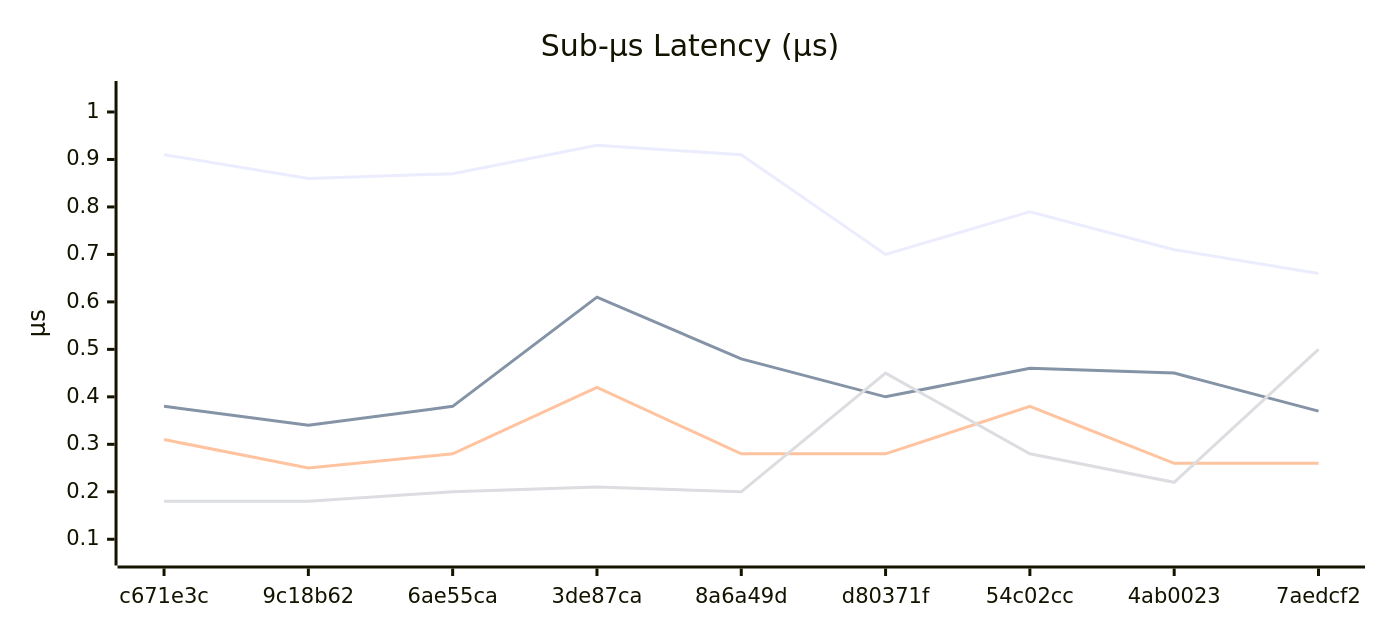
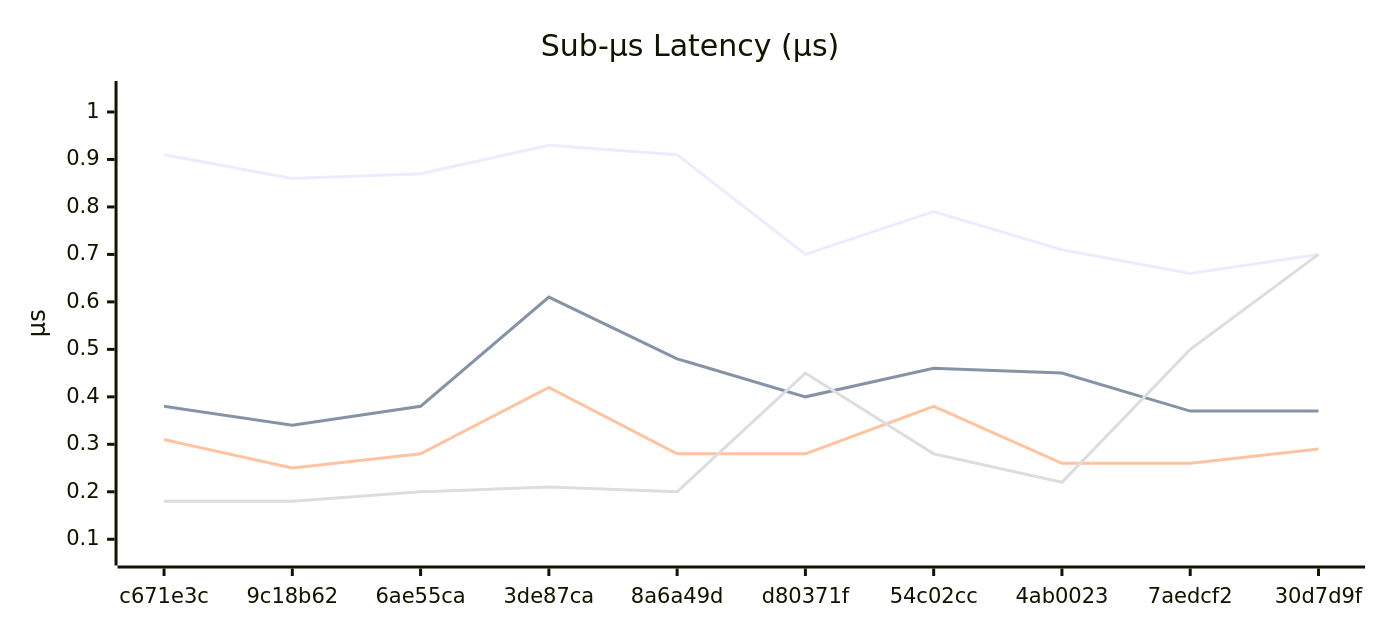
The second of 3 diagrams in docs/BENCHMARKS.md (Ikolvi/titan), drawn with Mermaid before and after one commit. The commit also changed other lines of this file, not shown here.

````diff
--- a/docs/BENCHMARKS.md
+++ b/docs/BENCHMARKS.md
@@ -82,16 +83,16 @@
 ```mermaid
 ---
 config:
     xyChart:
         width: 900
         height: 400
 ---
 xychart-beta
     title "Sub-µs Latency (µs)"
-    x-axis ["c671e3c", "9c18b62", "6ae55ca", "3de87ca", "8a6a49d", "d80371f", "54c02cc", "4ab0023", "7aedcf2"]
+    x-axis ["c671e3c", "9c18b62", "6ae55ca", "3de87ca", "8a6a49d", "d80371f", "54c02cc", "4ab0023", "7aedcf2", "30d7d9f"]
     y-axis "µs" 0.07 --> 1.04
-    line [0.91, 0.86, 0.87, 0.93, 0.91, 0.70, 0.79, 0.71, 0.66]
-    line [0.38, 0.34, 0.38, 0.61, 0.48, 0.40, 0.46, 0.45, 0.37]
-    line [0.31, 0.25, 0.28, 0.42, 0.28, 0.28, 0.38, 0.26, 0.26]
-    line [0.18, 0.18, 0.20, 0.21, 0.20, 0.45, 0.28, 0.22, 0.50]
+    line [0.91, 0.86, 0.87, 0.93, 0.91, 0.70, 0.79, 0.71, 0.66, 0.70]
+    line [0.38, 0.34, 0.38, 0.61, 0.48, 0.40, 0.46, 0.45, 0.37, 0.37]
+    line [0.31, 0.25, 0.28, 0.42, 0.28, 0.28, 0.38, 0.26, 0.26, 0.29]
+    line [0.18, 0.18, 0.20, 0.21, 0.20, 0.45, 0.28, 0.22, 0.50, 0.70]
 ```
````
